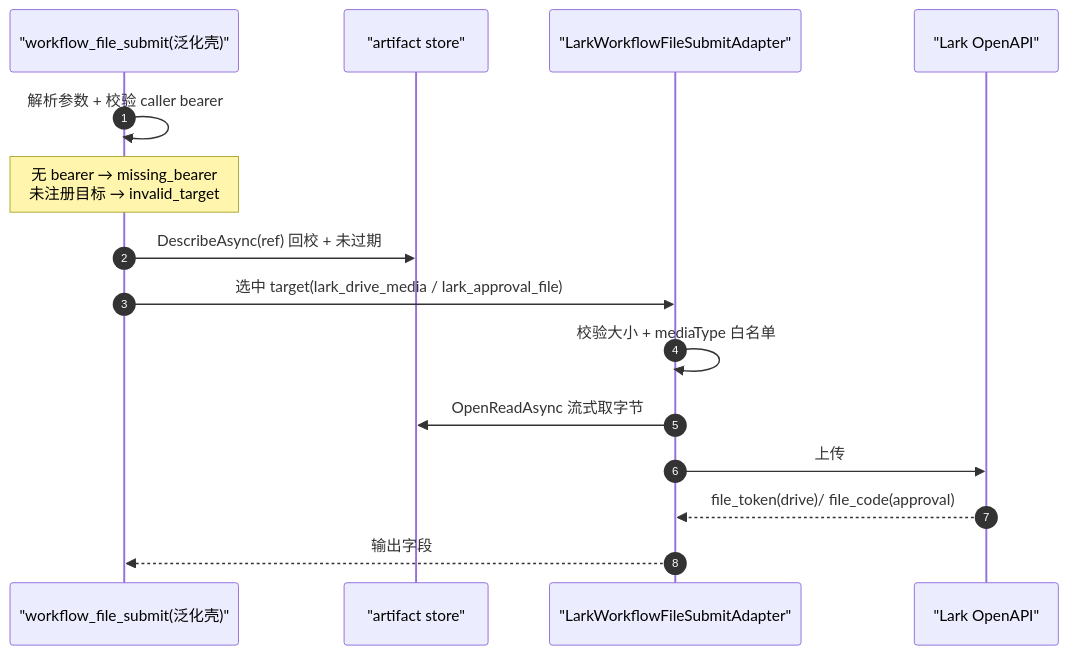
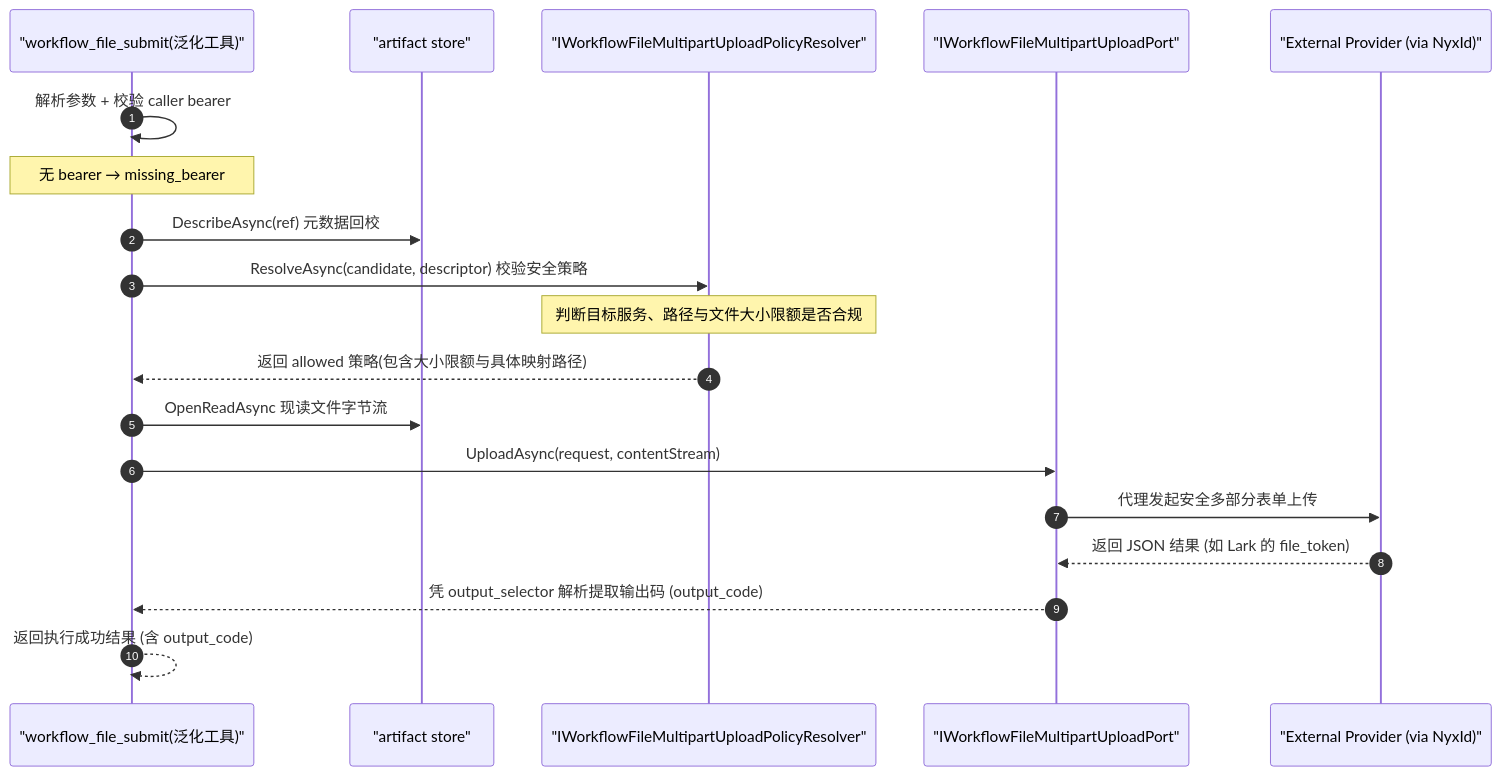
The seventh of 7 diagrams in 07/11-file-handling-end-to-end.md (eanzhao-os/aevatar-review), drawn with Mermaid before and after one commit. The commit also changed other lines of this file and 1 other file, not shown here.

Commit message:
docs: correct Lark submit adapter path and sync PLAN.md to 73 chapters

````diff
--- a/07/11-file-handling-end-to-end.md
+++ b/07/11-file-handling-end-to-end.md
@@ -288,18 +289,22 @@
 ```mermaid
 sequenceDiagram
     autonumber
-    participant Tool as "workflow_file_submit(泛化壳)"
+    participant Tool as "workflow_file_submit(泛化工具)"
     participant Store as "artifact store"
-    participant Adapter as "LarkWorkflowFileSubmitAdapter"
-    participant Lark as "Lark OpenAPI"
+    participant Resolver as "IWorkflowFileMultipartUploadPolicyResolver"
+    participant Port as "IWorkflowFileMultipartUploadPort"
+    participant Provider as "External Provider (via NyxId)"
 
     Tool->>Tool: 解析参数 + 校验 caller bearer
-    Note over Tool: 无 bearer → missing_bearer<br/>未注册目标 → invalid_target
-    Tool->>Store: DescribeAsync(ref) 回校 + 未过期
-    Tool->>Adapter: 选中 target(lark_drive_media / lark_approval_file)
-    Adapter->>Adapter: 校验大小 + mediaType 白名单
-    Adapter->>Store: OpenReadAsync 流式取字节
-    Adapter->>Lark: 上传
-    Lark-->>Adapter: file_token(drive)/ file_code(approval)
-    Adapter-->>Tool: 输出字段
+    Note over Tool: 无 bearer → missing_bearer
+    Tool->>Store: DescribeAsync(ref) 元数据回校
+    Tool->>Resolver: ResolveAsync(candidate, descriptor) 校验安全策略
+    Note over Resolver: 判断目标服务、路径与文件大小限额是否合规
+    Resolver-->>Tool: 返回 allowed 策略(包含大小限额与具体映射路径)
+    Tool->>Store: OpenReadAsync 现读文件字节流
+    Tool->>Port: UploadAsync(request, contentStream)
+    Port->>Provider: 代理发起安全多部分表单上传
+    Provider-->>Port: 返回 JSON 结果 (如 Lark 的 file_token)
+    Port-->>Tool: 凭 output_selector 解析提取输出码 (output_code)
+    Tool-->>Tool: 返回执行成功结果 (含 output_code)
 ```
````
